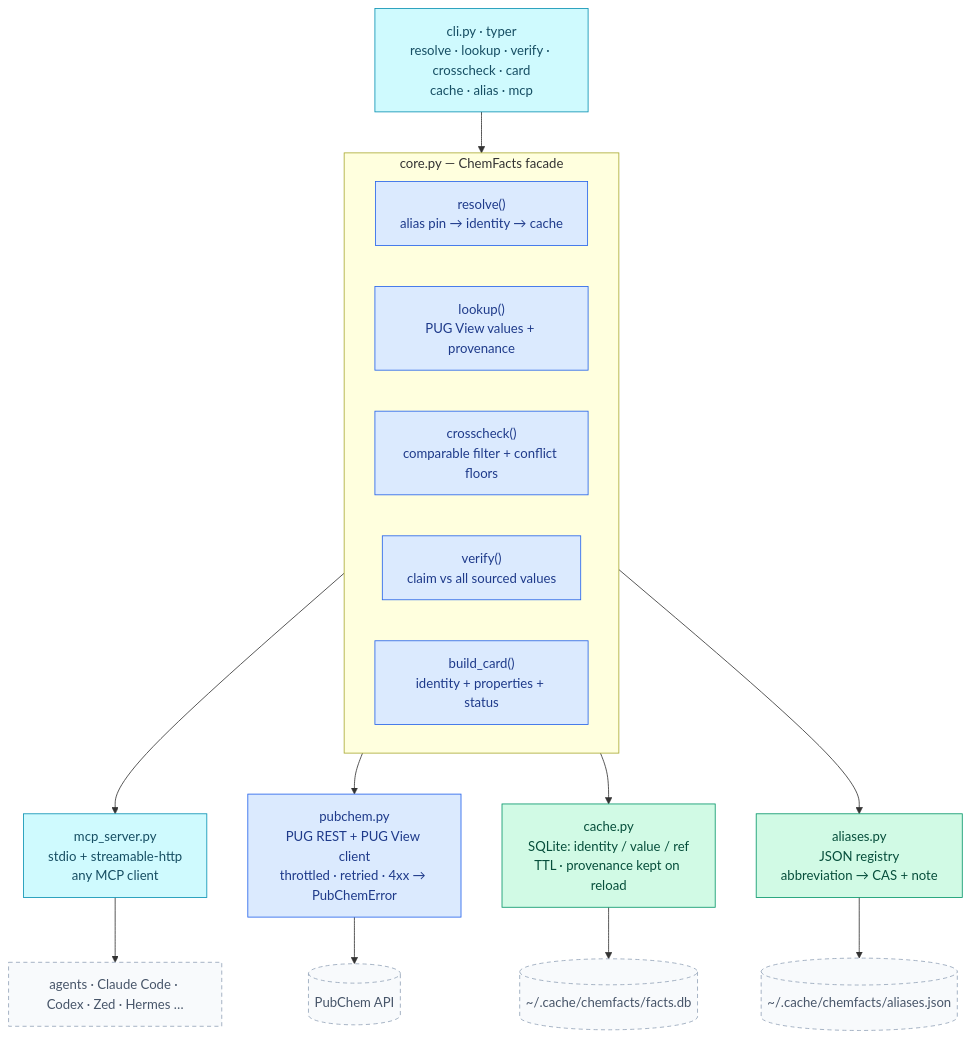
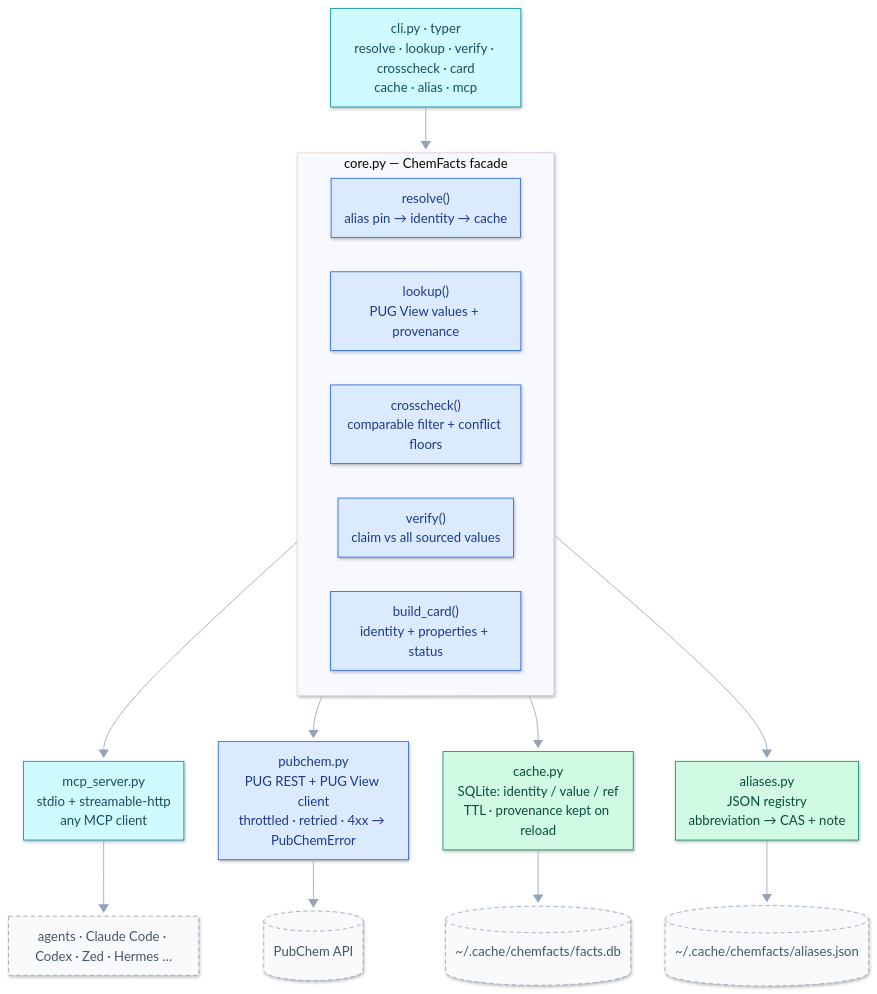
Before and after one commit to CL4Y68/chemfacts: the fourth of 4 diagrams in README.md, drawn with Mermaid. The commit also changed other lines of this file and 1 other file, not shown here.

First line of the commit message:
diagrams: mermaid 'look: neo' render pass + trimmed CJK labels

````diff
--- a/README.md
+++ b/README.md
@@ -183,32 +186,33 @@
 ```mermaid
+%%{init: {"look": "neo", "theme": "base", "themeVariables": {"lineColor": "#94a3b8", "primaryTextColor": "#0f172a", "edgeLabelBackground": "#ffffff"}, "flowchart": {"curve": "basis", "htmlLabels": true, "nodeSpacing": 42, "rankSpacing": 56, "padding": 10}} }%%
 flowchart TD
     CLI["cli.py · typer<br/>resolve · lookup · verify · crosscheck · card<br/>cache · alias · mcp"]:::mcp
     subgraph CORE["core.py — ChemFacts facade"]
         direction LR
         R["resolve()<br/>alias pin → identity → cache"]:::proc
         L["lookup()<br/>PUG View values + provenance"]:::proc
         X["crosscheck()<br/>comparable filter + conflict floors"]:::proc
         V["verify()<br/>claim vs all sourced values"]:::proc
         C["build_card()<br/>identity + properties + status"]:::proc
     end
     CLI --> CORE
     M["mcp_server.py<br/>stdio + streamable-http<br/>any MCP client"]:::mcp
     CORE --> M
     M --> AG["agents · Claude Code · Codex · Zed · Hermes …"]:::ext
     CORE --> P["pubchem.py<br/>PUG REST + PUG View client<br/>throttled · retried · 4xx → PubChemError"]:::proc
     CORE --> CA["cache.py<br/>SQLite: identity / value / ref<br/>TTL · provenance kept on reload"]:::store
     CORE --> AL["aliases.py<br/>JSON registry<br/>abbreviation → CAS + note"]:::store
     P --> PC[("PubChem API")]:::ext
     CA --> DB[("~/.cache/chemfacts/facts.db")]:::ext
     AL --> J[("~/.cache/chemfacts/aliases.json")]:::ext
     classDef io      fill:#e0e7ff,stroke:#4f46e5,stroke-width:2px,color:#312e81
     classDef proc    fill:#dbeafe,stroke:#2563eb,color:#1e3a8a
     classDef decide  fill:#fef3c7,stroke:#d97706,color:#78350f
     classDef store   fill:#d1fae5,stroke:#059669,color:#064e3b
     classDef ok      fill:#bbf7d0,stroke:#16a34a,stroke-width:2px,color:#14532d
     classDef warn    fill:#fecaca,stroke:#dc2626,stroke-width:2px,color:#7f1d1d
     classDef plain   fill:#e2e8f0,stroke:#64748b,color:#334155
     classDef card   fill:#ede9fe,stroke:#7c3aed,stroke-width:2px,color:#4c1d95
     classDef mcp    fill:#cffafe,stroke:#0891b2,color:#164e63
     classDef ext    fill:#f8fafc,stroke:#94a3b8,stroke-dasharray:5 4,color:#475569
 ```
````
